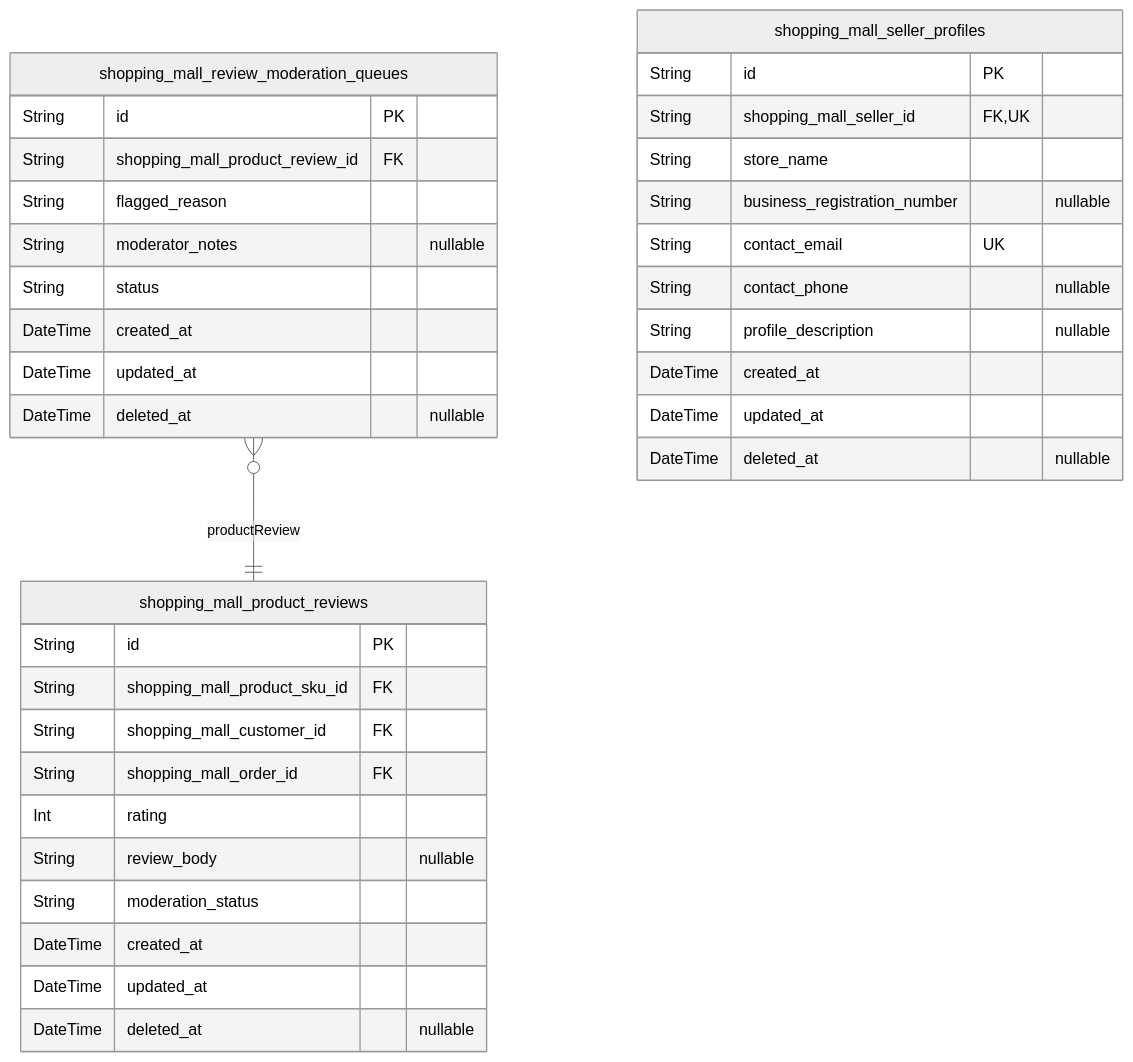
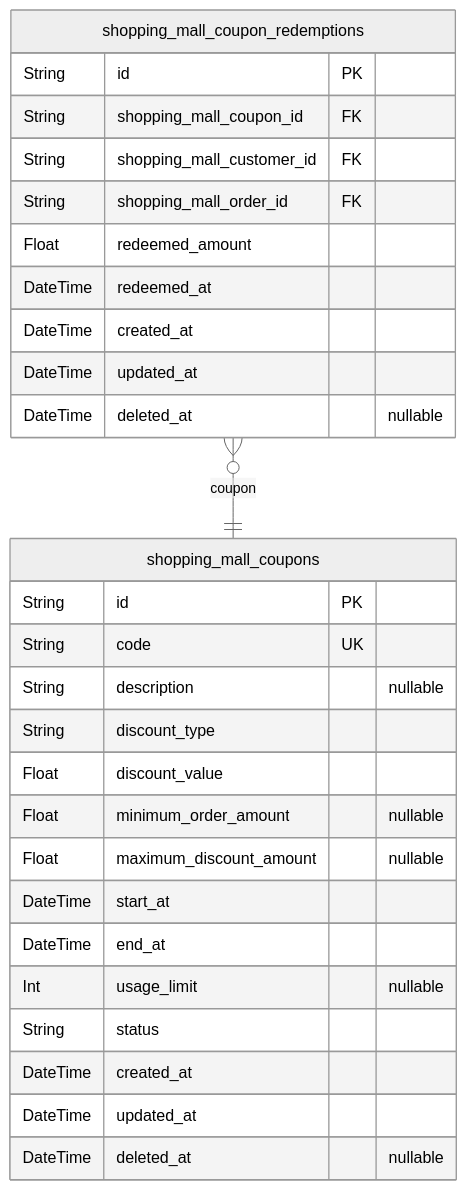
One commit to wrtnlabs/autobe-examples changed the sixth of 10 diagrams in openai/gpt-4.1-mini/shopping/docs/ERD.md. Above: the diagram before and after it, drawn with Mermaid (neutral theme). The commit also changed other lines of this file and 22498 other files, not shown here.

````diff
--- a/openai/gpt-4.1-mini/shopping/docs/ERD.md
+++ b/openai/gpt-4.1-mini/shopping/docs/ERD.md
@@ -613,38 +1062,31 @@
 ```mermaid
 erDiagram
-"shopping_mall_product_reviews" {
+"shopping_mall_coupons" {
   String id PK
-  String shopping_mall_product_sku_id FK
-  String shopping_mall_customer_id FK
-  String shopping_mall_order_id FK
-  Int rating
-  String review_body "nullable"
-  String moderation_status
-  DateTime created_at
-  DateTime updated_at
-  DateTime deleted_at "nullable"
-}
-"shopping_mall_review_moderation_queues" {
-  String id PK
-  String shopping_mall_product_review_id FK
-  String flagged_reason
-  String moderator_notes "nullable"
+  String code UK
+  String description "nullable"
+  String discount_type
+  Float discount_value
+  Float minimum_order_amount "nullable"
+  Float maximum_discount_amount "nullable"
+  DateTime start_at
+  DateTime end_at
+  Int usage_limit "nullable"
   String status
   DateTime created_at
   DateTime updated_at
   DateTime deleted_at "nullable"
 }
-"shopping_mall_seller_profiles" {
+"shopping_mall_coupon_redemptions" {
   String id PK
-  String shopping_mall_seller_id FK,UK
-  String store_name
-  String business_registration_number "nullable"
-  String contact_email UK
-  String contact_phone "nullable"
-  String profile_description "nullable"
+  String shopping_mall_coupon_id FK
+  String shopping_mall_customer_id FK
+  String shopping_mall_order_id FK
+  Float redeemed_amount
+  DateTime redeemed_at
   DateTime created_at
   DateTime updated_at
   DateTime deleted_at "nullable"
 }
-"shopping_mall_review_moderation_queues" }o--|| "shopping_mall_product_reviews" : productReview
+"shopping_mall_coupon_redemptions" }o--|| "shopping_mall_coupons" : coupon
 ```
````
